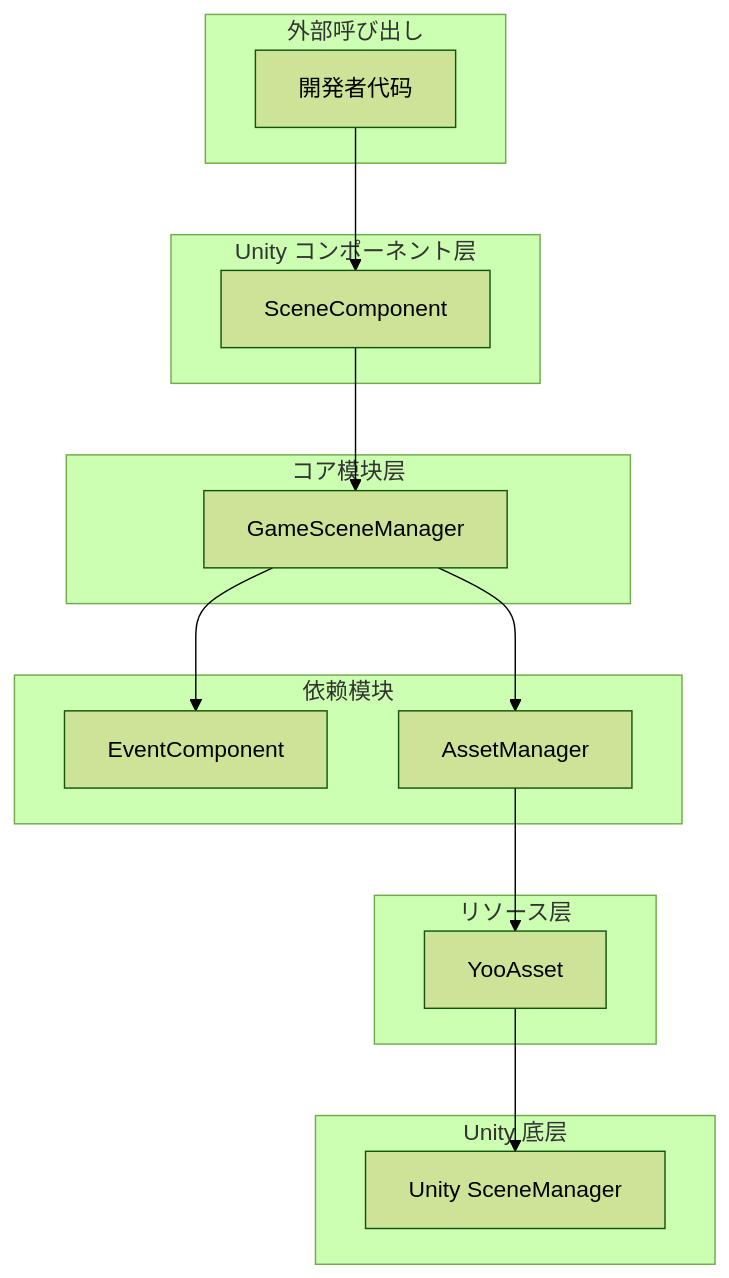
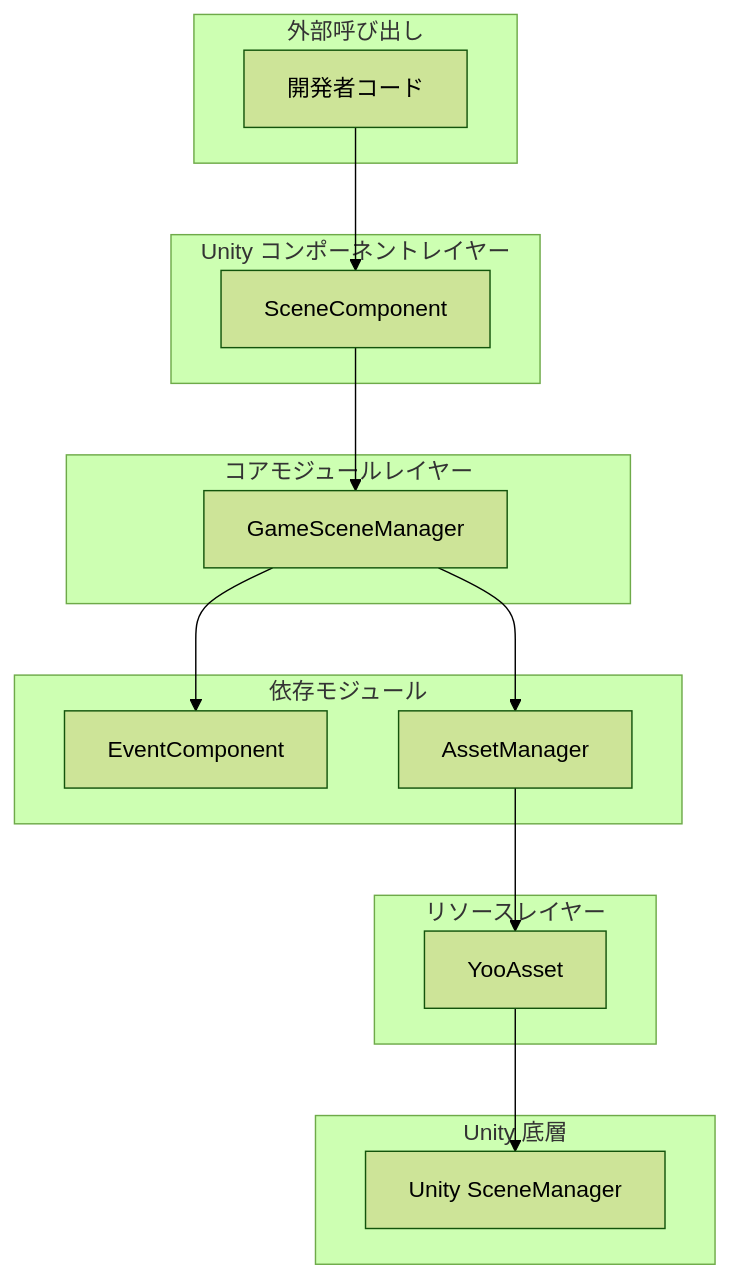
One commit to AlianBlank/GameFrameX.Docs changed the first of 3 diagrams in docs/ja/client/unity/component/scene/01.overview.md. Above: the diagram before and after it, drawn with Mermaid (forest theme). The commit also changed other lines of this file and 320 other files, not shown here.

````diff
--- a/docs/ja/client/unity/component/scene/01.overview.md
+++ b/docs/ja/client/unity/component/scene/01.overview.md
@@ -28,34 +28,34 @@
 ```mermaid
 graph TD
     subgraph External["外部呼び出し"]
-        Developer[開発者代码]
+        Developer[開発者コード]
     end
 
-    subgraph UnityLayer["Unity コンポーネント层"]
+    subgraph UnityLayer["Unity コンポーネントレイヤー"]
         SC[SceneComponent]
     end
 
-    subgraph CoreModule["コア模块层"]
+    subgraph CoreModule["コアモジュールレイヤー"]
         GSM[GameSceneManager]
     end
 
-    subgraph Dependency["依赖模块"]
+    subgraph Dependency["依存モジュール"]
         EC[EventComponent]
         AM[AssetManager]
     end
 
-    subgraph Resource["リソース层"]
+    subgraph Resource["リソースレイヤー"]
         YA[YooAsset]
     end
 
-    subgraph UnityAPI["Unity 底层"]
+    subgraph UnityAPI["Unity 底層"]
         USM[Unity SceneManager]
     end
 
     Developer --> SC
     SC --> GSM
     GSM --> EC
     GSM --> AM
     AM --> YA
     YA --> USM
 ```
````
